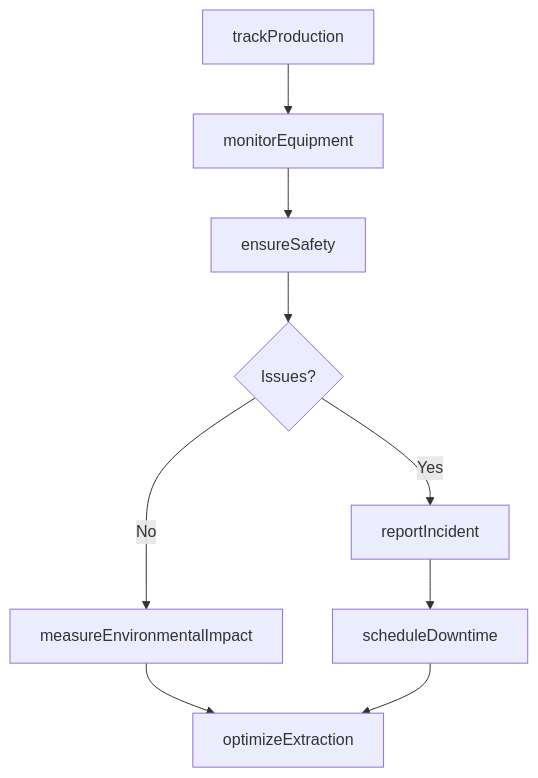
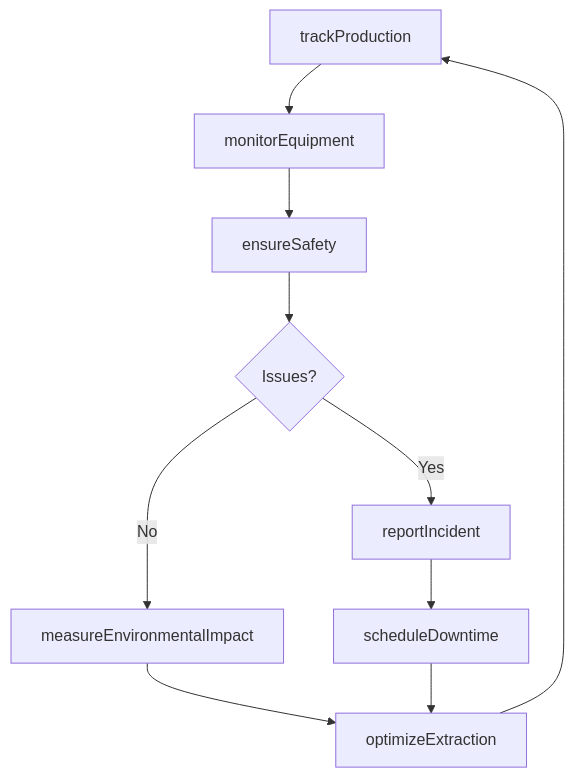
The third of 4 diagrams in MonitoringProcessesMaterialsOrSurroundings/MonitorOperationsToEnsureAdequatePerformance/MonitorExtractionOperations.mdx (dot-org-ai/tasks.org.ai), drawn with Mermaid before and after one commit. The commit also changed other lines of this file and 266 other files, not shown here.

First line of the commit message:
feat: Add ER diagrams, state diagrams to wave 2 batch (251 DWA files)

````diff
--- a/MonitoringProcessesMaterialsOrSurroundings/MonitorOperationsToEnsureAdequatePerformance/MonitorExtractionOperations.mdx
+++ b/MonitoringProcessesMaterialsOrSurroundings/MonitorOperationsToEnsureAdequatePerformance/MonitorExtractionOperations.mdx
@@ -87,11 +116,12 @@
 ```mermaid
 graph TD
     A[trackProduction] --> B[monitorEquipment]
     B --> C[ensureSafety]
     C --> D{Issues?}
     D -->|Yes| E[reportIncident]
     D -->|No| F[measureEnvironmentalImpact]
     E --> G[scheduleDowntime]
     F --> H[optimizeExtraction]
     G --> H
+    H --> A
 ```
````
